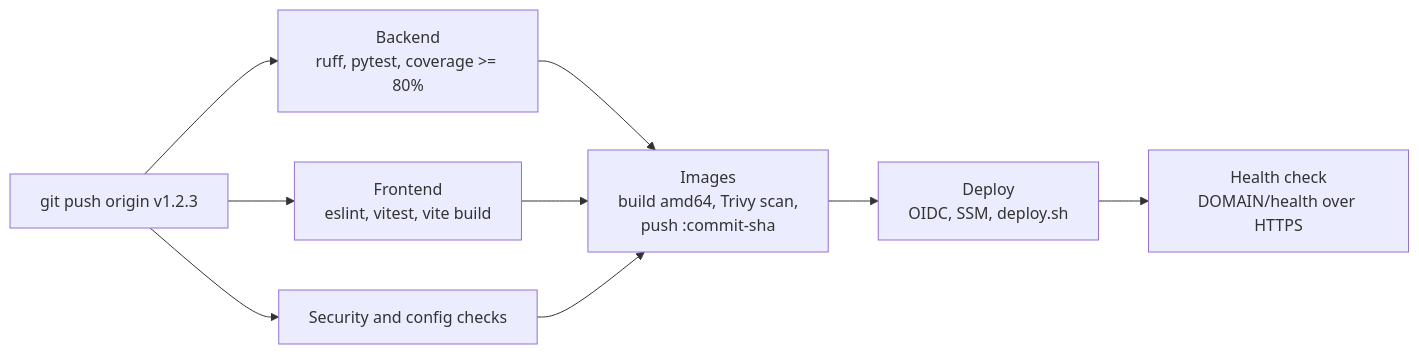
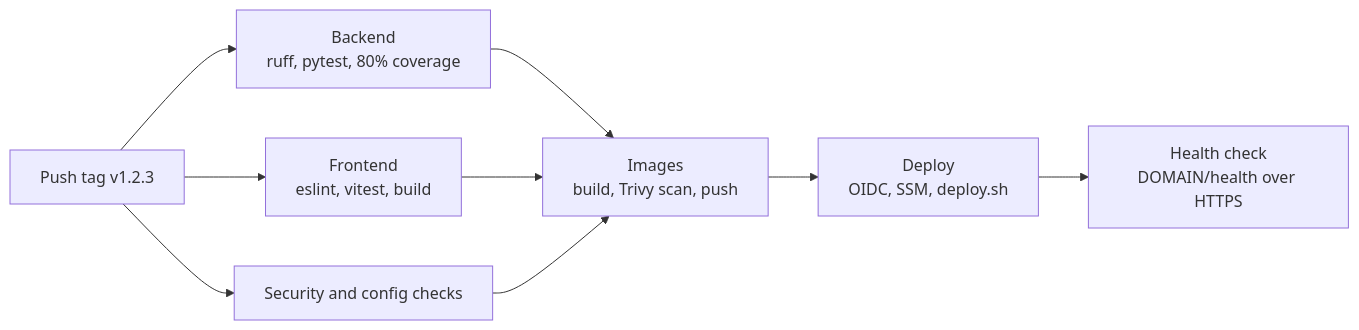
Before and after one commit to Aswin-Shine/Nullify-Incident-Management-System: the second of 3 diagrams in README.md, drawn with Mermaid. The commit also changed other lines of this file, not shown here.

````diff
--- a/README.md
+++ b/README.md
@@ -107,11 +380,11 @@
 ```mermaid
 flowchart LR
-    tag["git push origin v1.2.3"] --> backend["Backend<br/>ruff, pytest, coverage >= 80%"]
-    tag --> frontend["Frontend<br/>eslint, vitest, vite build"]
+    tag["Push tag v1.2.3"] --> backend["Backend<br/>ruff, pytest, 80% coverage"]
+    tag --> frontend["Frontend<br/>eslint, vitest, build"]
     tag --> checks["Security and config checks"]
-    backend --> images["Images<br/>build amd64, Trivy scan,<br/>push :commit-sha"]
+    backend --> images["Images<br/>build, Trivy scan, push"]
     frontend --> images
     checks --> images
     images --> deploy["Deploy<br/>OIDC, SSM, deploy.sh"]
     deploy --> health["Health check<br/>DOMAIN/health over HTTPS"]
 ```
````
